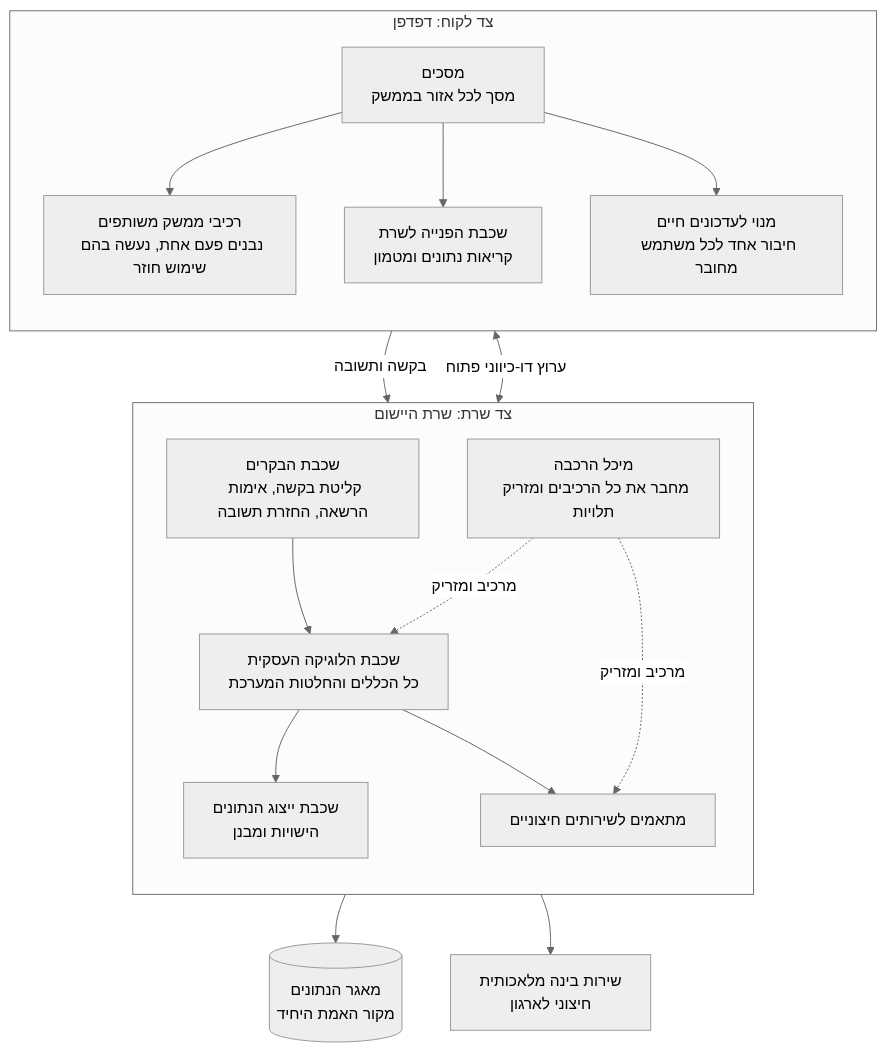
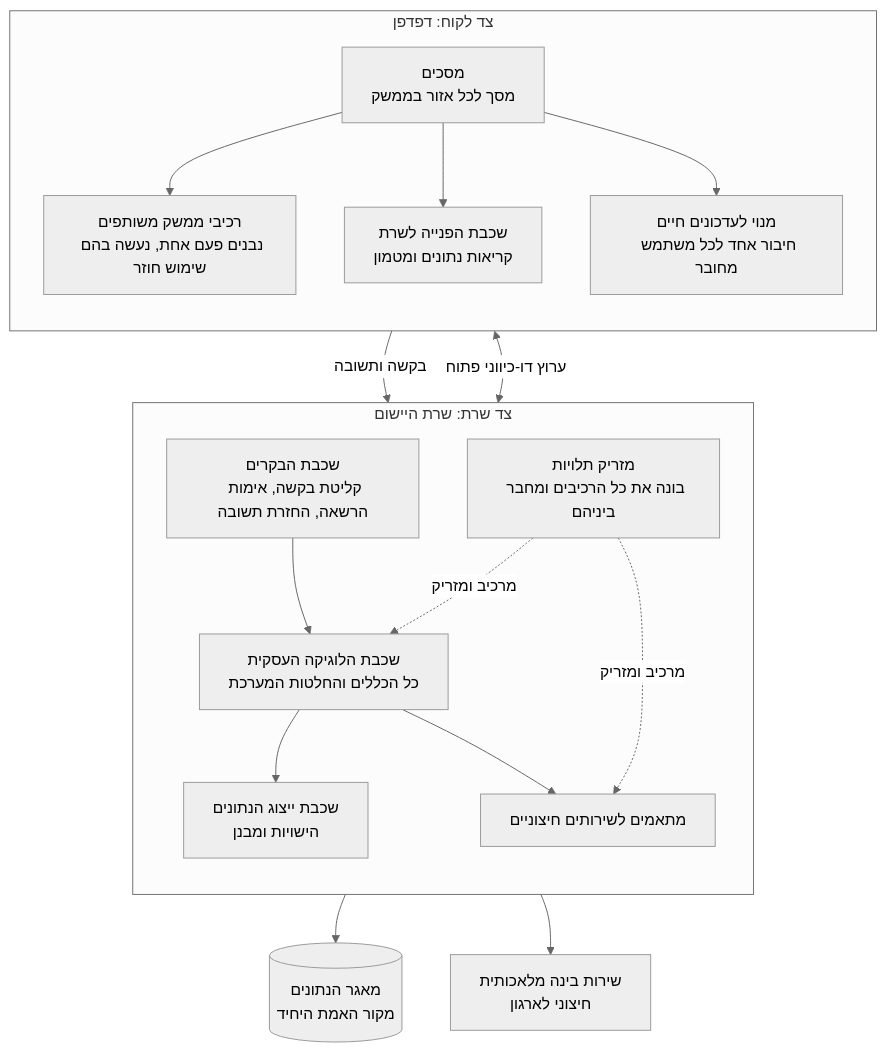
One commit to RonZaretsky/Restaurant-Kitchen-Management-System changed the diagram in מסמכים/הגשה/diagrams/component-overview.md. Above: the diagram before and after it, drawn with Mermaid (neutral theme). The commit also changed other lines of this file and 3 other files, not shown here.

````diff
--- a/מסמכים/הגשה/diagrams/component-overview.md
+++ b/מסמכים/הגשה/diagrams/component-overview.md
@@ -3,35 +3,35 @@
 ```mermaid
 flowchart TB
     subgraph CLIENT["צד לקוח: דפדפן"]
         direction TB
         pages["מסכים<br/>מסך לכל אזור בממשק"]
         comps["רכיבי ממשק משותפים<br/>נבנים פעם אחת, נעשה בהם שימוש חוזר"]
         api_client["שכבת הפנייה לשרת<br/>קריאות נתונים ומטמון"]
         live["מנוי לעדכונים חיים<br/>חיבור אחד לכל משתמש מחובר"]
     end
 
     subgraph SERVER["צד שרת: שרת היישום"]
         direction TB
         controllers["שכבת הבקרים<br/>קליטת בקשה, אימות הרשאה, החזרת תשובה"]
         logic["שכבת הלוגיקה העסקית<br/>כל הכללים והחלטות המערכת"]
         entities["שכבת ייצוג הנתונים<br/>הישויות ומבנן"]
         adapters["מתאמים לשירותים חיצוניים"]
-        wiring["מיכל הרכבה<br/>מחבר את כל הרכיבים ומזריק תלויות"]
+        wiring["מזריק תלויות<br/>בונה את כל הרכיבים ומחבר ביניהם"]
     end
 
     db[("מאגר הנתונים<br/>מקור האמת היחיד")]
     ai["שירות בינה מלאכותית<br/>חיצוני לארגון"]
 
     pages --> comps
     pages --> api_client
     pages --> live
     api_client -- "בקשה ותשובה" --> controllers
     live <-- "ערוץ דו-כיווני פתוח" --> controllers
     controllers --> logic
     logic --> entities
     logic --> adapters
     entities --> db
     adapters --> ai
     wiring -. "מרכיב ומזריק" .-> logic
     wiring -. "מרכיב ומזריק" .-> adapters
 ```
````
